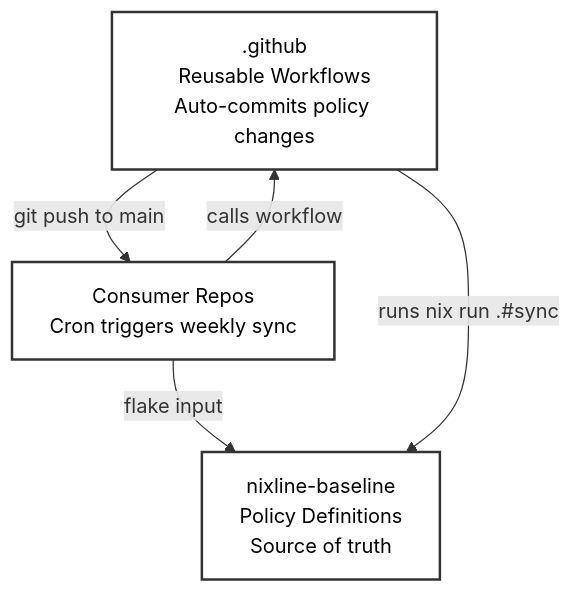
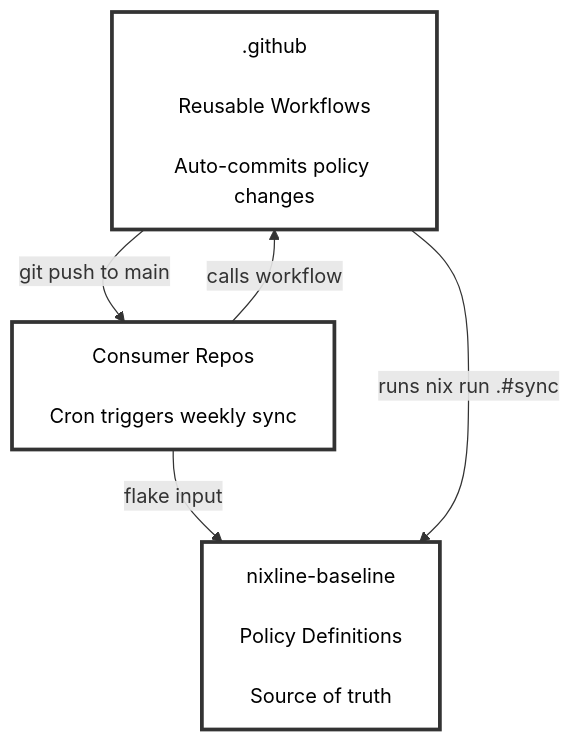
One commit to NixLine-org/.github changed the diagram in README.md. Above: the diagram before and after it, drawn with Mermaid.

Commit message:
fix mermaid diagram spacing and padding

````diff
--- a/README.md
+++ b/README.md
@@ -26,15 +26,15 @@
 ```mermaid
 graph TB
-    A[.github<br/>Reusable Workflows<br/>Auto-commits policy changes]
-    B[Consumer Repos<br/>Cron triggers weekly sync]
-    C[nixline-baseline<br/>Policy Definitions<br/>Source of truth]
+    A[".github<br/><br/>Reusable Workflows<br/><br/>Auto-commits policy changes"]
+    B["Consumer Repos<br/><br/>Cron triggers weekly sync"]
+    C["nixline-baseline<br/><br/>Policy Definitions<br/><br/>Source of truth"]
 
-    B -->|calls workflow| A
-    B -->|flake input| C
-    A -->|runs nix run .#sync| C
-    A -->|git push to main| B
+    B -->|"calls workflow"| A
+    B -->|"flake input"| C
+    A -->|"runs nix run .#sync"| C
+    A -->|"git push to main"| B
 
-    style A fill:#FFFFFF,stroke:#333,stroke-width:2px,color:#000000
-    style B fill:#FFFFFF,stroke:#333,stroke-width:2px,color:#000000
-    style C fill:#FFFFFF,stroke:#333,stroke-width:2px,color:#000000
+    style A fill:#FFFFFF,stroke:#333,stroke-width:3px,color:#000000,padding:20px
+    style B fill:#FFFFFF,stroke:#333,stroke-width:3px,color:#000000,padding:20px
+    style C fill:#FFFFFF,stroke:#333,stroke-width:3px,color:#000000,padding:20px
 ```
````
